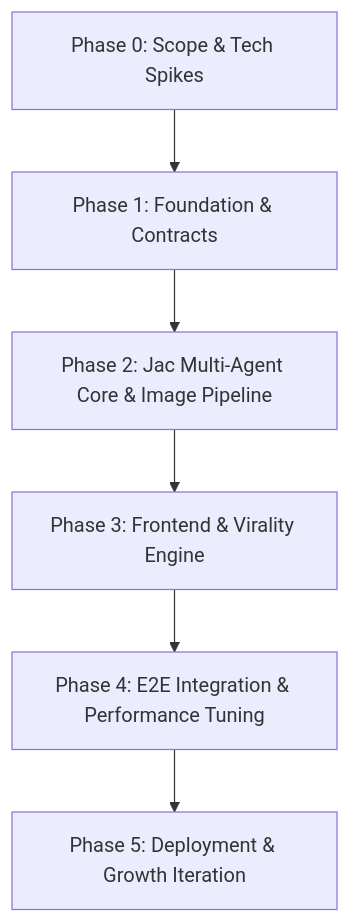
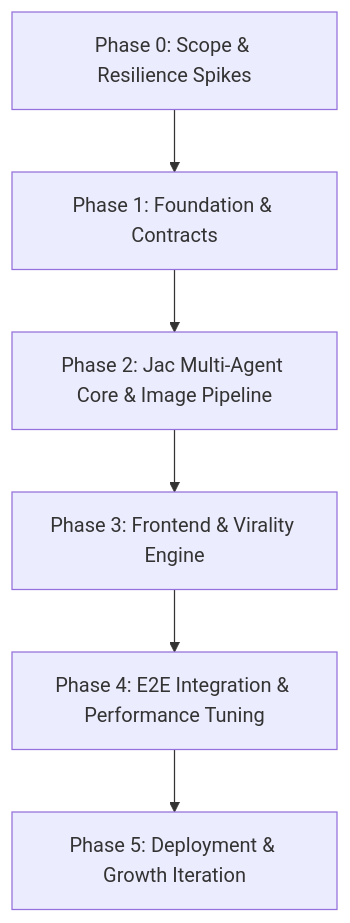
Before and after one commit to scottsimenel/jac-hacks-sf: the diagram in docs/DEVELOPMENT_STRATEGY.md, drawn with Mermaid. The commit also changed other lines of this file and 2 other files, not shown here.

Commit message:
docs: patch 6 adversarial gaps (moderation, SVG fallbacks, permalinks, prompt hierarchy, API contracts, question bounds)

````diff
--- a/docs/DEVELOPMENT_STRATEGY.md
+++ b/docs/DEVELOPMENT_STRATEGY.md
@@ -11,8 +11,8 @@
 ```mermaid
 graph TD
-    P0[Phase 0: Scope & Tech Spikes] --> P1[Phase 1: Foundation & Contracts]
+    P0[Phase 0: Scope & Resilience Spikes] --> P1[Phase 1: Foundation & Contracts]
     P1 --> P2[Phase 2: Jac Multi-Agent Core & Image Pipeline]
     P2 --> P3[Phase 3: Frontend & Virality Engine]
     P3 --> P4[Phase 4: E2E Integration & Performance Tuning]
     P4 --> P5[Phase 5: Deployment & Growth Iteration]
 ```
````
